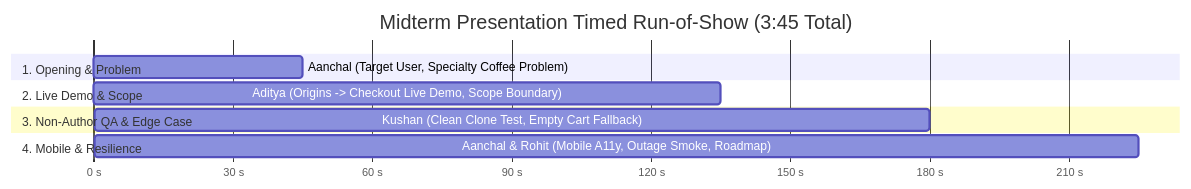
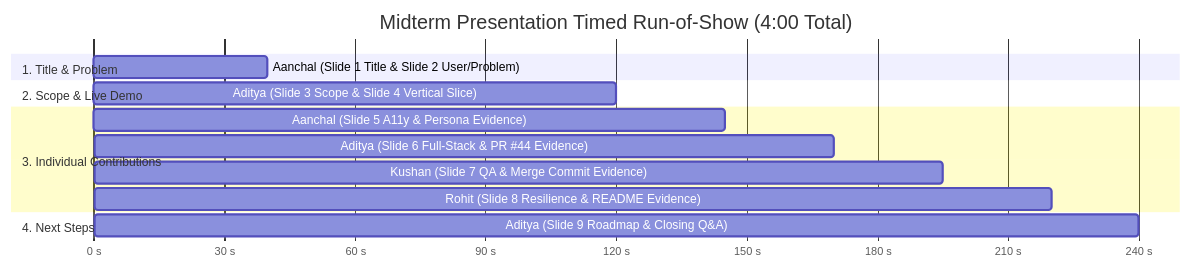
Before and after one commit to CapstoneDesign-Fall2026-UlsanCollege/team_2_capstone_design: the diagram in docs/week-07/midterm-demo-script.md, drawn with Mermaid. The commit also changed other lines of this file and 8 other files, not shown here.

Commit message:
sync week 7 presentation script, slides, and reports with final 9-slide deck

````diff
--- a/docs/week-07/midterm-demo-script.md
+++ b/docs/week-07/midterm-demo-script.md
@@ -13,14 +16,17 @@
 ```mermaid
 gantt
-    title Midterm Presentation Timed Run-of-Show (3:45 Total)
+    title Midterm Presentation Timed Run-of-Show (4:00 Total)
     dateFormat X
     axisFormat %s s
-    section 1. Opening & Problem
-    Aanchal (Target User, Specialty Coffee Problem) :0, 45
-    section 2. Live Demo & Scope
-    Aditya (Origins -> Checkout Live Demo, Scope Boundary) :45, 135
-    section 3. Non-Author QA & Edge Case
-    Kushan (Clean Clone Test, Empty Cart Fallback) :135, 180
-    section 4. Mobile & Resilience
-    Aanchal & Rohit (Mobile A11y, Outage Smoke, Roadmap) :180, 225
+    section 1. Title & Problem
+    Aanchal (Slide 1 Title & Slide 2 User/Problem) :0, 40
+    section 2. Scope & Live Demo
+    Aditya (Slide 3 Scope & Slide 4 Vertical Slice) :40, 120
+    section 3. Individual Contributions
+    Aanchal (Slide 5 A11y & Persona Evidence) :120, 145
+    Aditya (Slide 6 Full-Stack & PR #44 Evidence) :145, 170
+    Kushan (Slide 7 QA & Merge Commit Evidence) :170, 195
+    Rohit (Slide 8 Resilience & README Evidence) :195, 220
+    section 4. Next Steps
+    Aditya (Slide 9 Roadmap & Closing Q&A) :220, 240
 ```
````
